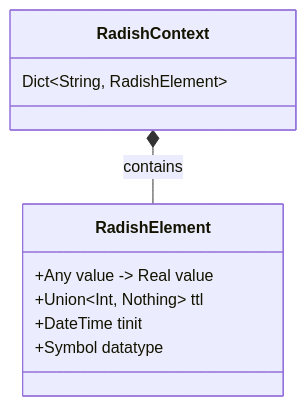
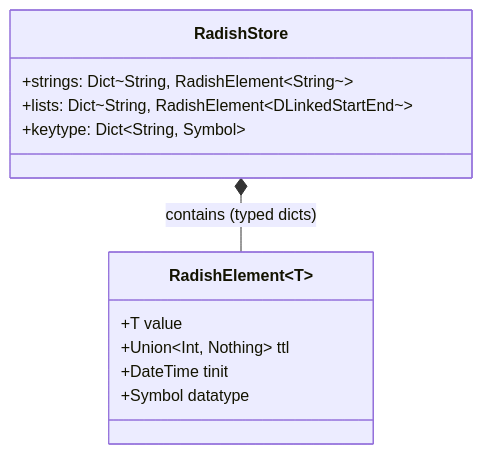
The diagram in docs/index.md (fabioscantamburlo/Radish), drawn with Mermaid before and after one commit. The commit also changed other lines of this file and 45 other files, not shown here.

````diff
--- a/docs/index.md
+++ b/docs/index.md
@@ -109,15 +113,17 @@
 ```mermaid
 classDiagram
-    class RadishContext {
-        Dict~String, RadishElement~
+    class RadishStore {
+        +strings: Dict~String, RadishElement~String~~
+        +lists: Dict~String, RadishElement~DLinkedStartEnd~~
+        +keytype: Dict~String, Symbol~
     }
 
-    class RadishElement {
-        +Any value -> Real value 
+    class RadishElement~T~ {
+        +T value
         +Union~Int, Nothing~ ttl
         +DateTime tinit
         +Symbol datatype
     }
 
-    RadishContext *-- RadishElement : contains
+    RadishStore *-- RadishElement : contains (typed dicts)
 ```
````
